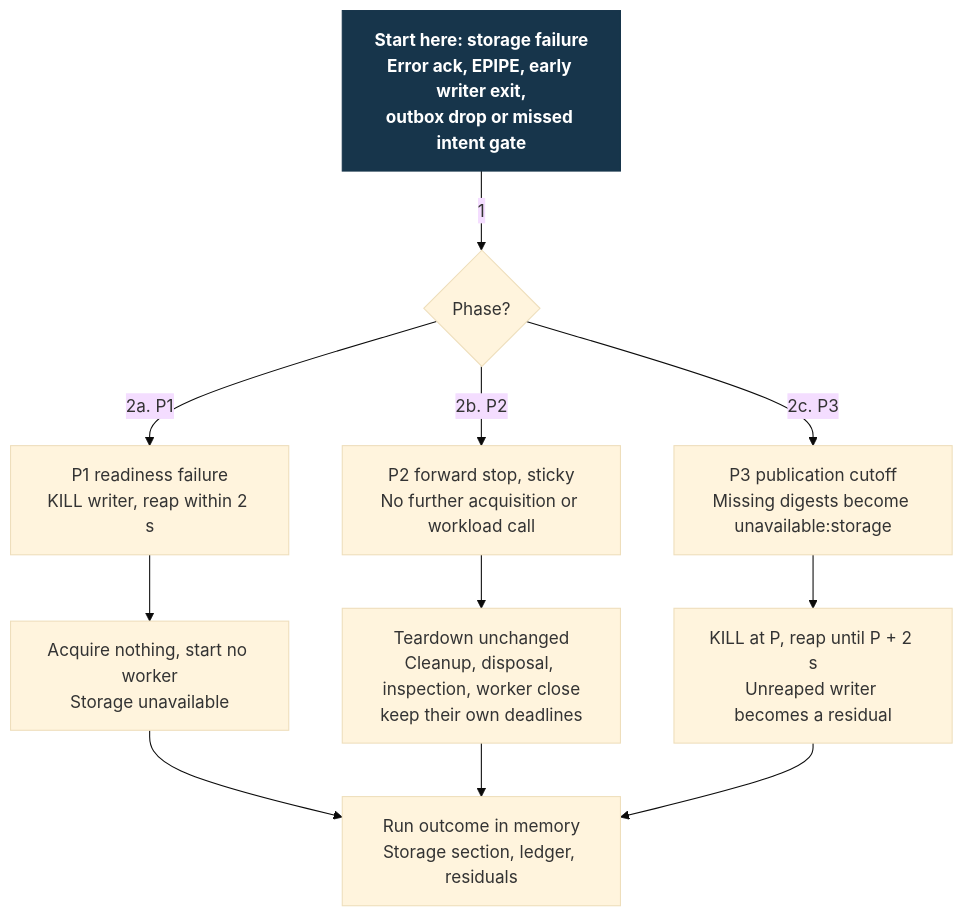
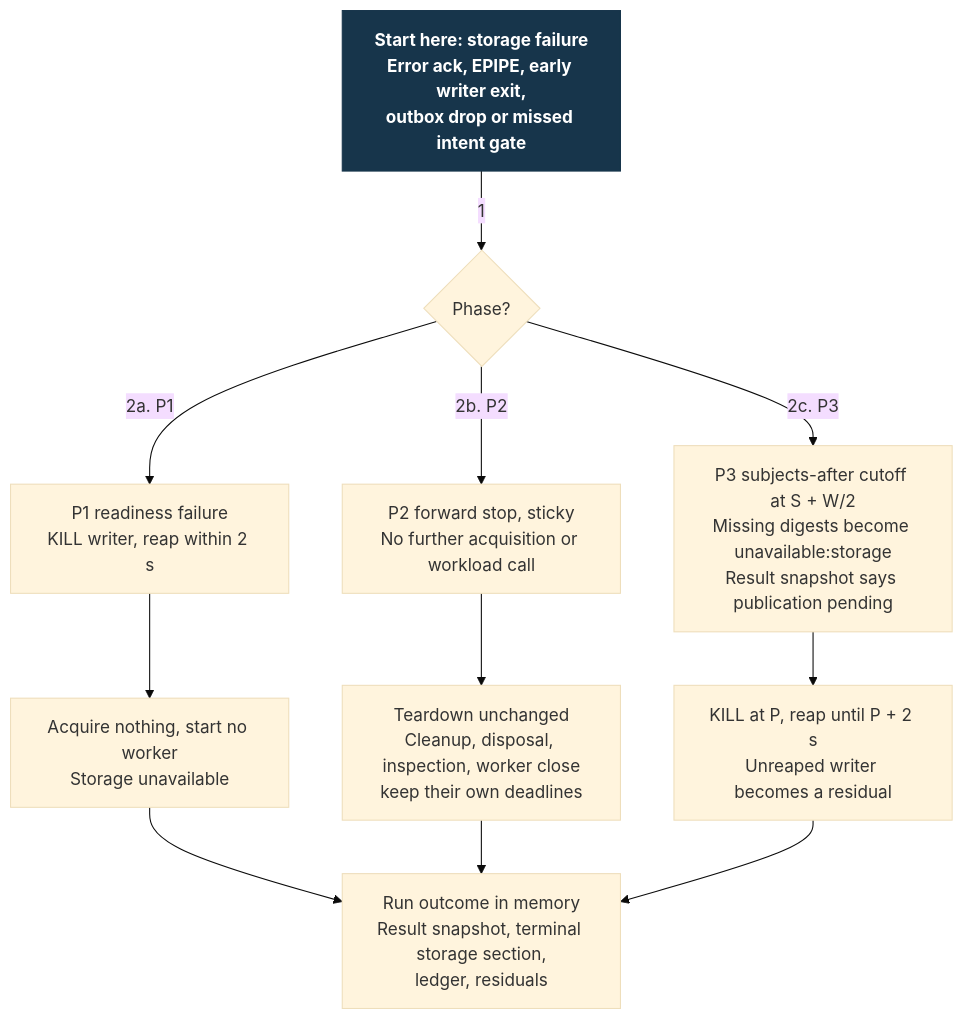
The diagram in docs/design/diagnostic-evidence-storage/failures.mmd (Linkuistics/TestAnyware), drawn with Mermaid (base theme) before and after one commit. The commit also changed 6 other files, not shown here.

First line of the commit message:
diagnostic-disposal-k160: repair the evidence-storage design after review

```diff
--- a/docs/design/diagnostic-evidence-storage/failures.mmd
+++ b/docs/design/diagnostic-evidence-storage/failures.mmd
@@ -1,15 +1,15 @@
 flowchart TB
   F["Start here: storage failure<br/>Error ack, EPIPE, early writer exit,<br/>outbox drop or missed intent gate"]:::start
   P{"Phase?"}
   R["P1 readiness failure<br/>KILL writer, reap within 2 s"]
   N["Acquire nothing, start no worker<br/>Storage unavailable"]
   X["P2 forward stop, sticky<br/>No further acquisition or workload call"]
   D["Teardown unchanged<br/>Cleanup, disposal, inspection, worker close<br/>keep their own deadlines"]
-  Q["P3 publication cutoff<br/>Missing digests become unavailable:storage"]
+  Q["P3 subjects-after cutoff at S + W/2<br/>Missing digests become unavailable:storage<br/>Result snapshot says publication pending"]
   K["KILL at P, reap until P + 2 s<br/>Unreaped writer becomes a residual"]
-  O["Run outcome in memory<br/>Storage section, ledger, residuals"]
+  O["Run outcome in memory<br/>Result snapshot, terminal storage section,<br/>ledger, residuals"]
   F -->|"1"| P
   P -->|"2a. P1"| R --> N --> O
   P -->|"2b. P2"| X --> D --> O
   P -->|"2c. P3"| Q --> K --> O
   classDef start fill:#17354b,color:#fff,stroke:#17354b,font-weight:bold
```
